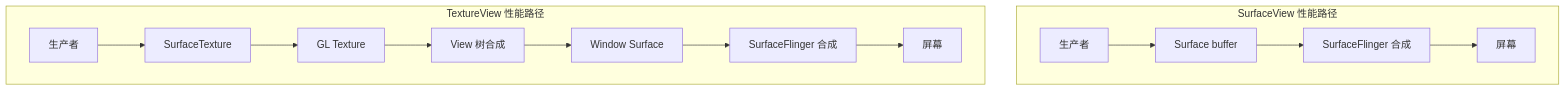
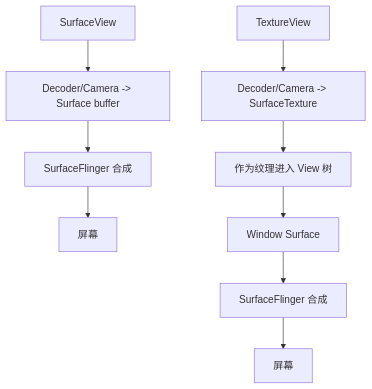
The fifth of 5 diagrams in 绘制相关/SurfaceView和TextureView使用.md (junyingzhao001/StudyNotes), drawn with Mermaid before and after one commit. The commit also changed other lines of this file and 15 other files, not shown here.

````diff
--- a/绘制相关/SurfaceView和TextureView使用.md
+++ b/绘制相关/SurfaceView和TextureView使用.md
@@ -1018,9 +1017,14 @@
 ```mermaid
-flowchart TB
-  subgraph SurfaceView["SurfaceView 性能路径"]
-    S1["生产者"] --> S2["Surface buffer"] --> S3["SurfaceFlinger 合成"] --> S4["屏幕"]
-  end
-  subgraph TextureView["TextureView 性能路径"]
-    T1["生产者"] --> T2["SurfaceTexture"] --> T3["GL Texture"] --> T4["View 树合成"] --> T5["Window Surface"] --> T6["SurfaceFlinger 合成"] --> T7["屏幕"]
-  end
+
+flowchart TD
+    A["SurfaceView"] --> A1["Decoder/Camera -> Surface buffer"]
+    A1 --> A2["SurfaceFlinger 合成"]
+    A2 --> A3["屏幕"]
+
+    B["TextureView"] --> B1["Decoder/Camera -> SurfaceTexture"]
+    B1 --> B2["作为纹理进入 View 树"]
+    B2 --> B3["Window Surface"]
+    B3 --> B4["SurfaceFlinger 合成"]
+    B4 --> B5["屏幕"]
+
 ```
````
